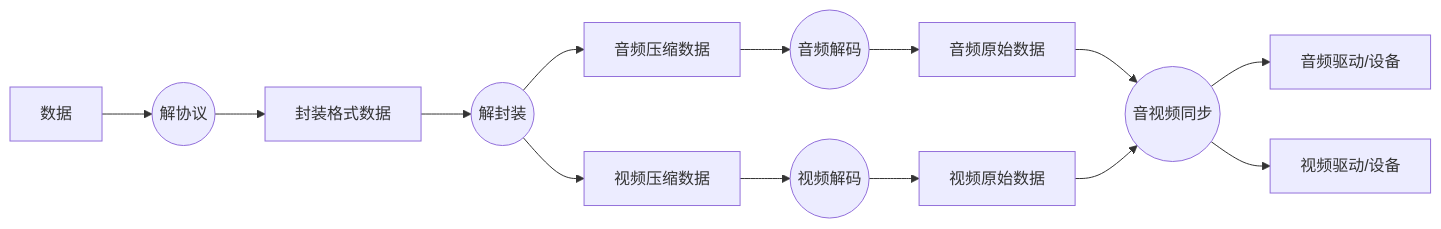
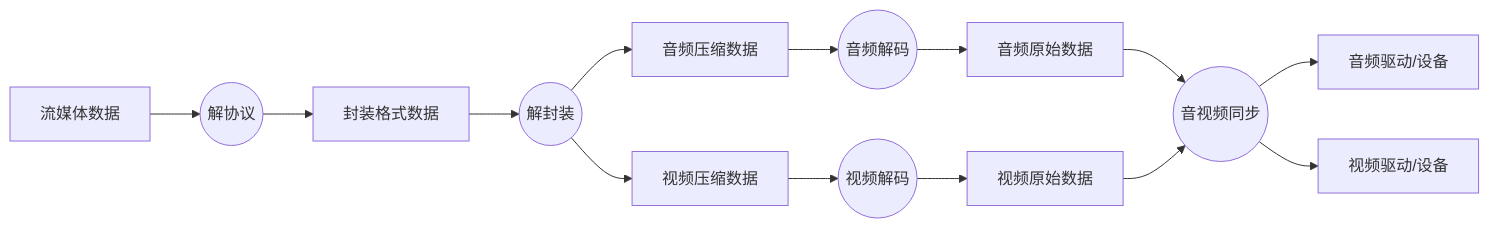
Before and after one commit to FaithALL/my_note: the diagram in av/音视频基础知识.md, drawn with Mermaid. The commit also changed other lines of this file, not shown here.

````diff
--- a/av/音视频基础知识.md
+++ b/av/音视频基础知识.md
@@ -41,8 +43,8 @@
   ```mermaid
   graph LR
-  数据-->t1((解协议))-->封装格式数据-->s((解封装))
+  流媒体数据-->t1((解协议))-->封装格式数据-->s((解封装))
   s-->音频压缩数据-->t2((音频解码))-->音频原始数据-->d((音视频同步))
   s-->视频压缩数据-->t3((视频解码))-->视频原始数据-->d
   d-->音频驱动/设备
   d-->视频驱动/设备
   ```
````
